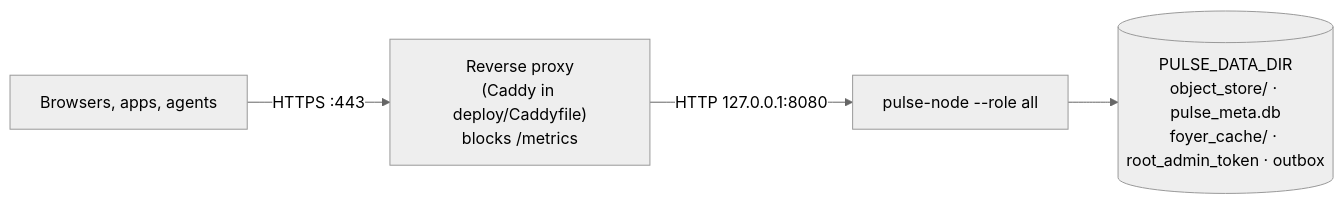
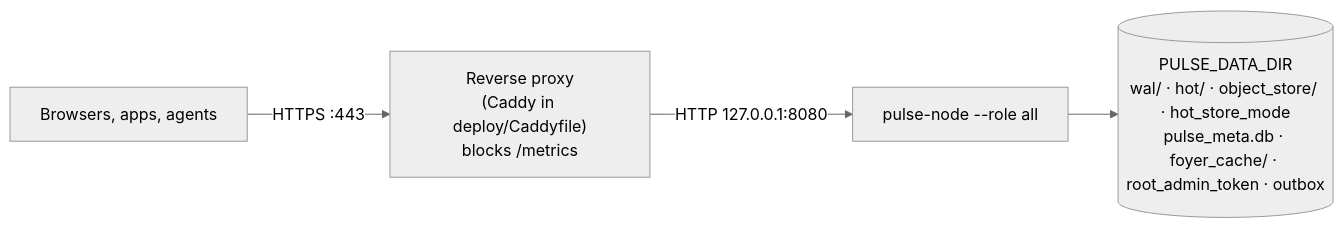
Before and after one commit to sswapnil2/analytics-system: the second of 3 diagrams in docs/architecture.md, drawn with Mermaid (neutral theme). The commit also changed 12 other files, not shown here.

````diff
--- a/docs/architecture.md
+++ b/docs/architecture.md
@@ -112,6 +112,6 @@
 ```mermaid
 flowchart LR
     U["Browsers, apps, agents"] -- "HTTPS :443" --> PROXY["Reverse proxy<br/>(Caddy in deploy/Caddyfile)<br/>blocks /metrics"]
     PROXY -- "HTTP 127.0.0.1:8080" --> N["pulse-node --role all"]
-    N --> D[("PULSE_DATA_DIR<br/>object_store/ · pulse_meta.db<br/>foyer_cache/ · root_admin_token · outbox")]
+    N --> D[("PULSE_DATA_DIR<br/>wal/ · hot/ · object_store/ · hot_store_mode<br/>pulse_meta.db · foyer_cache/ · root_admin_token · outbox")]
 ```
````
